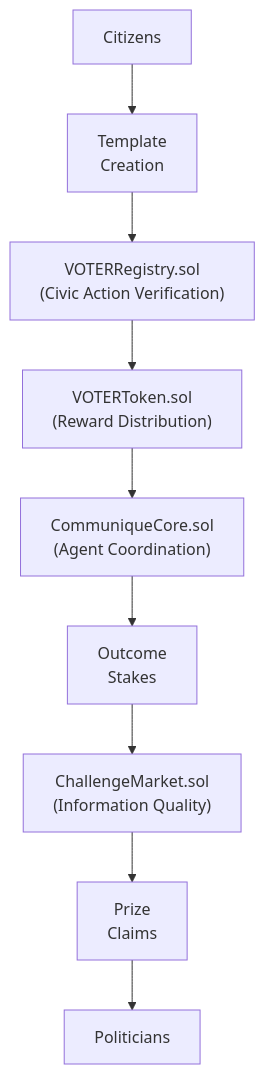
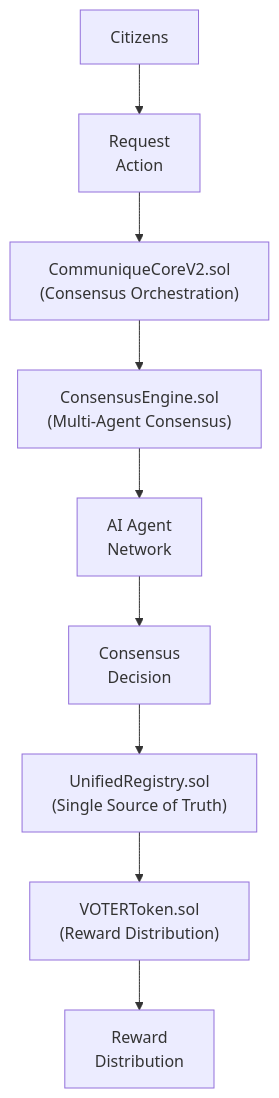
One commit to communisaas/voter-protocol changed the diagram in docs/SYSTEM_ARCHITECTURE.md. Above: the diagram before and after it, drawn with Mermaid. The commit also changed other lines of this file and 9 other files, not shown here.

First line of the commit message:
docs: Sync with Communique N8N-native architecture and expand testing framework

````diff
--- a/docs/SYSTEM_ARCHITECTURE.md
+++ b/docs/SYSTEM_ARCHITECTURE.md
@@ -21,16 +35,16 @@
 ```mermaid
 flowchart TB
-    VOTERRegistry["VOTERRegistry.sol<br/>(Civic Action Verification)"]
+    UnifiedRegistry["UnifiedRegistry.sol<br/>(Single Source of Truth)"]
+    ConsensusEngine["ConsensusEngine.sol<br/>(Multi-Agent Consensus)"]
+    CommuniqueCoreV2["CommuniqueCoreV2.sol<br/>(Consensus Orchestration)"]
     VOTERToken["VOTERToken.sol<br/>(Reward Distribution)"]
-    CommuniqueCore["CommuniqueCore.sol<br/>(Agent Coordination)"]
-    ChallengeMarket["ChallengeMarket.sol<br/>(Information Quality)"]
     
-    Citizens["Citizens"] --> Templates["Template<br/>Creation"]
-    Templates --> VOTERRegistry
-    VOTERRegistry --> VOTERToken
-    VOTERToken --> CommuniqueCore
-    CommuniqueCore --> Stakes["Outcome<br/>Stakes"]
-    Stakes --> ChallengeMarket
-    ChallengeMarket --> Prizes["Prize<br/>Claims"]
-    Prizes --> Politicians["Politicians"]
+    Citizens["Citizens"] --> Request["Request<br/>Action"]
+    Request --> CommuniqueCoreV2
+    CommuniqueCoreV2 --> ConsensusEngine
+    ConsensusEngine --> AIAgents["AI Agent<br/>Network"]
+    AIAgents --> Consensus["Consensus<br/>Decision"]
+    Consensus --> UnifiedRegistry
+    UnifiedRegistry --> VOTERToken
+    VOTERToken --> Rewards["Reward<br/>Distribution"]
 ```
````
